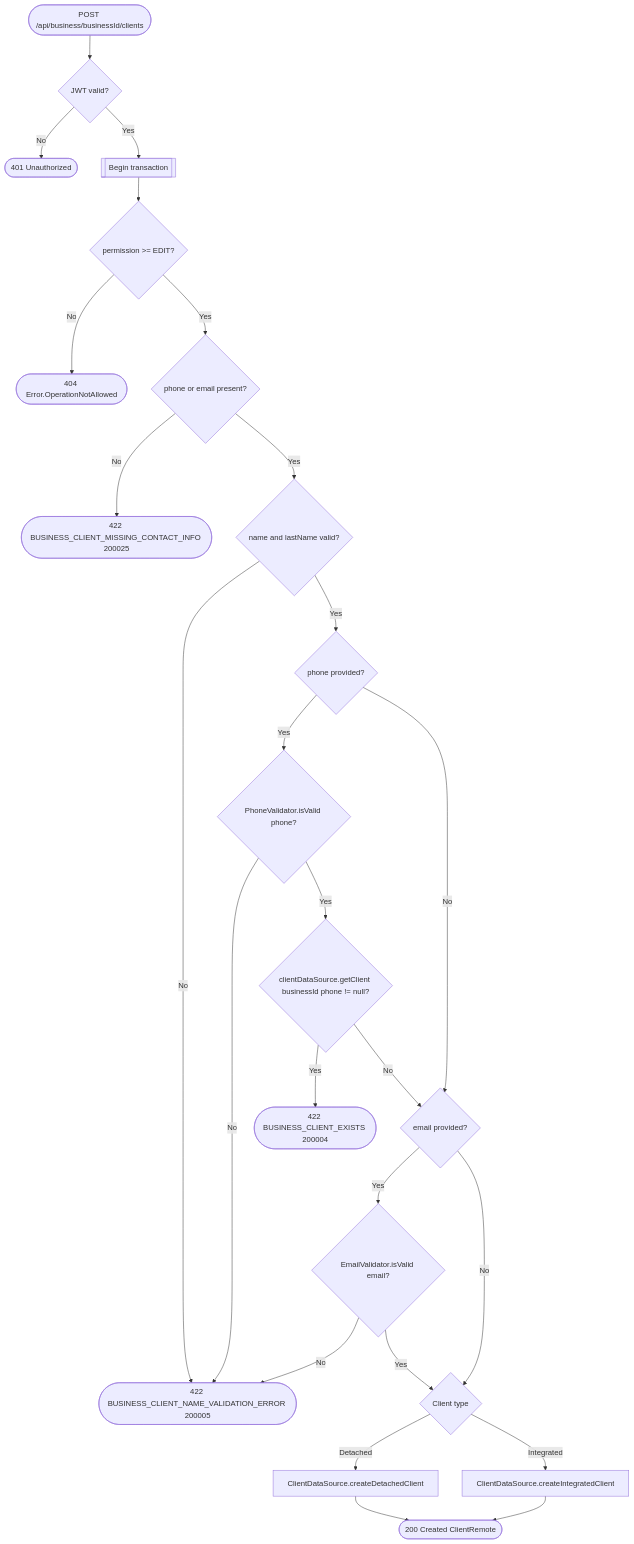
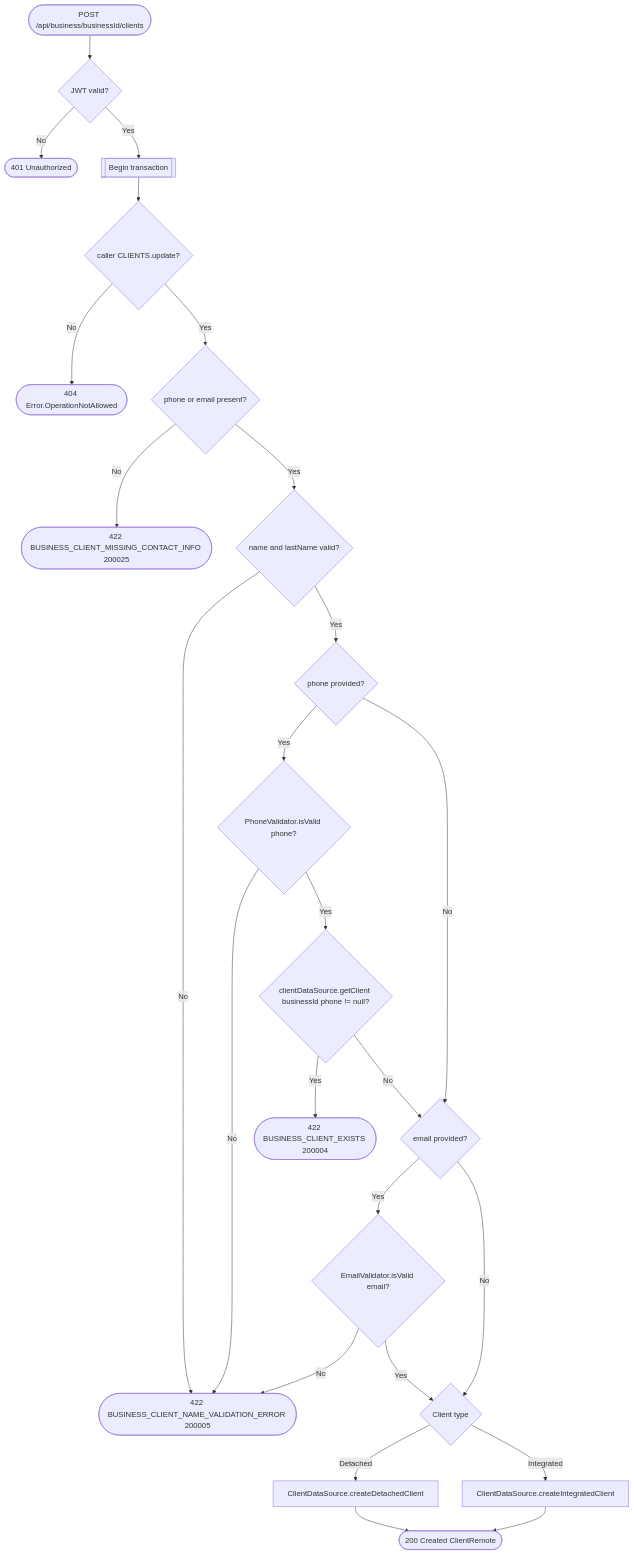
Before and after one commit to an22/bookk.me-backend: the diagram in docs/operations/business/create-client.md, drawn with Mermaid. The commit also changed 157 other files, not shown here.

````diff
--- a/docs/operations/business/create-client.md
+++ b/docs/operations/business/create-client.md
@@ -12,27 +12,27 @@
 ```mermaid
 flowchart TD
     Start([POST /api/business/businessId/clients]) --> Auth{JWT valid?}
     Auth -- No --> R401([401 Unauthorized])
     Auth -- Yes --> Tx[[Begin transaction]]
-    Tx --> Perm{permission >= EDIT?}
+    Tx --> Perm{caller CLIENTS.update?}
     Perm -- No --> R404a([404 Error.OperationNotAllowed])
     Perm -- Yes --> ContactCheck{phone or email present?}
     ContactCheck -- No --> R422c([422 BUSINESS_CLIENT_MISSING_CONTACT_INFO 200025])
     ContactCheck -- Yes --> NameCheck{name and lastName valid?}
     NameCheck -- No --> R422a([422 BUSINESS_CLIENT_NAME_VALIDATION_ERROR 200005])
     NameCheck -- Yes --> HasPhone{phone provided?}
     HasPhone -- Yes --> PhoneCheck{PhoneValidator.isValid phone?}
     PhoneCheck -- No --> R422a
     PhoneCheck -- Yes --> Dup{clientDataSource.getClient businessId phone != null?}
     Dup -- Yes --> R422b([422 BUSINESS_CLIENT_EXISTS 200004])
     Dup -- No --> HasEmail{email provided?}
     HasPhone -- No --> HasEmail
     HasEmail -- Yes --> EmailCheck{EmailValidator.isValid email?}
     EmailCheck -- No --> R422a
     EmailCheck -- Yes --> TypeCheck{Client type}
     HasEmail -- No --> TypeCheck
     TypeCheck -- Detached --> CreateDetached[ClientDataSource.createDetachedClient]
     TypeCheck -- Integrated --> CreateIntegrated[ClientDataSource.createIntegratedClient]
     CreateDetached --> R200([200 Created ClientRemote])
     CreateIntegrated --> R200
 ```
````
